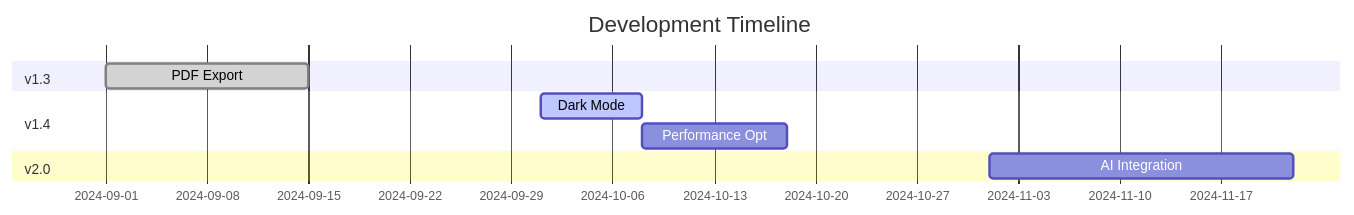
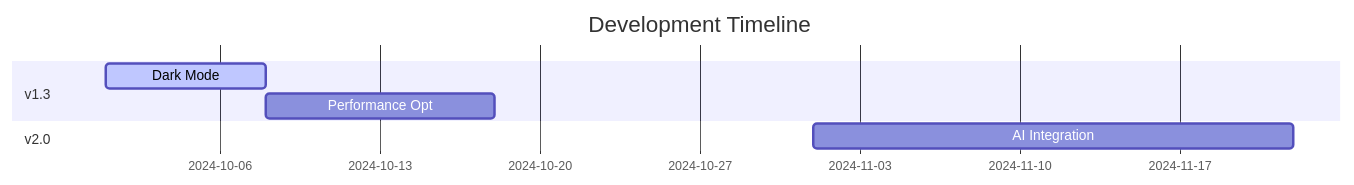
The diagram in README.md (Rohit03022006/Professional_Card_Maker), drawn with Mermaid before and after one commit. The commit also changed other lines of this file, not shown here.

````diff
--- a/README.md
+++ b/README.md
@@ -87,12 +69,10 @@
 ```mermaid
 gantt
     title Development Timeline
     dateFormat  YYYY-MM-DD
     section v1.3
-    PDF Export       :done, 2024-09-01, 14d
-    section v1.4
     Dark Mode       :active, 2024-10-01, 7d
     Performance Opt :2024-10-08, 10d
     section v2.0
     AI Integration   :2024-11-01, 21d
 ```
````
